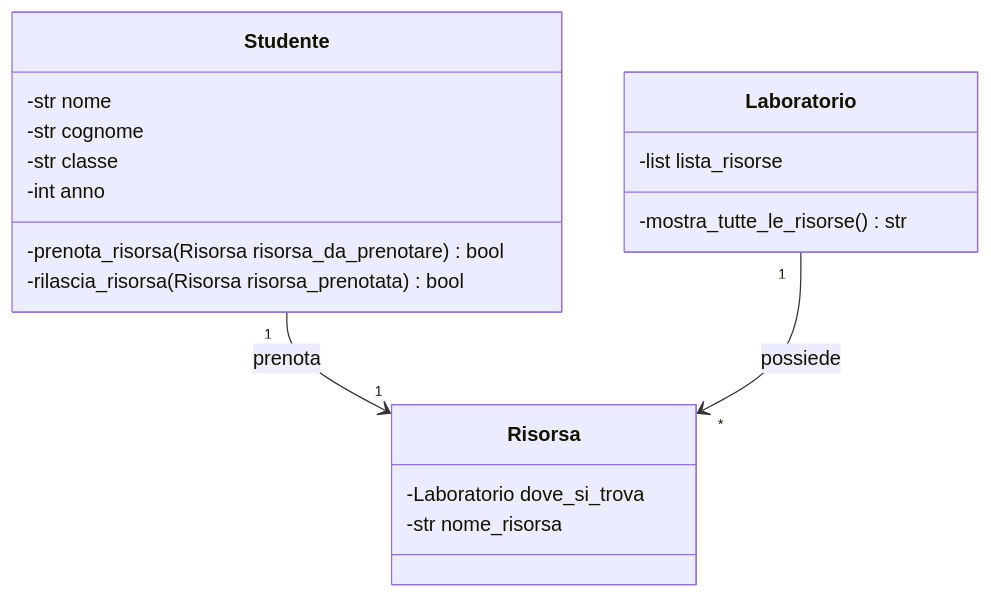
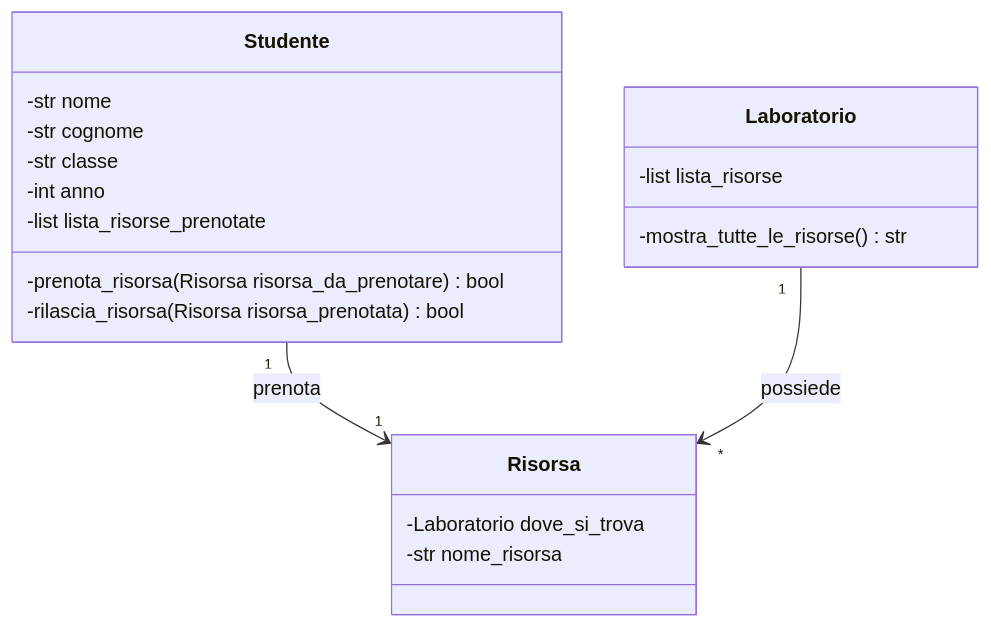
The diagram in arlotti_es30/arlotti_uml_numero_30.md (MarcoArlotti/ssh_sync_4-), drawn with Mermaid before and after one commit. The commit also changed 4 other files, not shown here.

````diff
--- a/arlotti_es30/arlotti_uml_numero_30.md
+++ b/arlotti_es30/arlotti_uml_numero_30.md
@@ -1,25 +1,26 @@
 ```mermaid
     classDiagram
 
     class Laboratorio {
         -list lista_risorse
         -mostra_tutte_le_risorse() str
     }
 
     class Risorsa {
         -Laboratorio dove_si_trova
         -str nome_risorsa
     }
 
     class Studente {
         -str nome
         -str cognome
         -str classe
         -int anno
+        -list lista_risorse_prenotate
         -prenota_risorsa(Risorsa risorsa_da_prenotare) bool
         -rilascia_risorsa(Risorsa risorsa_prenotata) bool
     }
-    
+
     Studente "1" --> "1" Risorsa : prenota
     Laboratorio "1" --> "*" Risorsa : possiede
 ```
````
